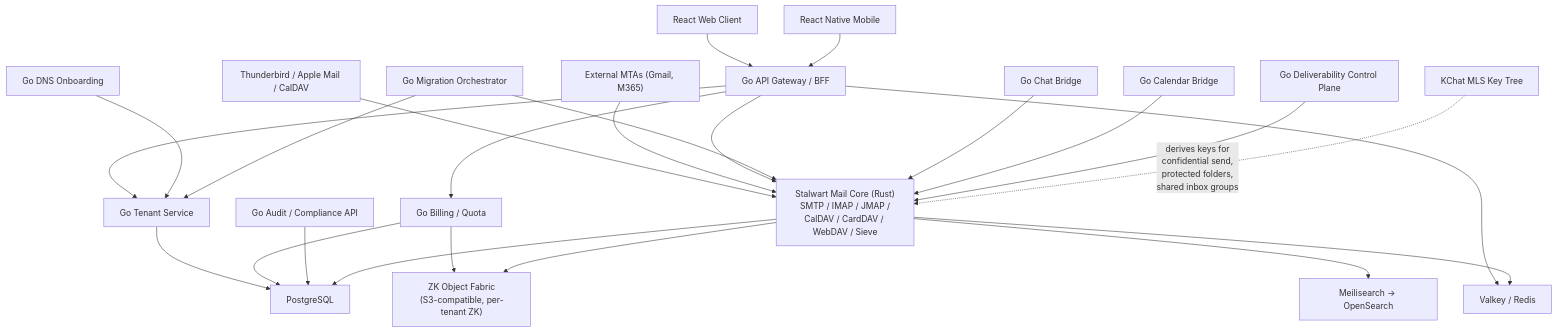
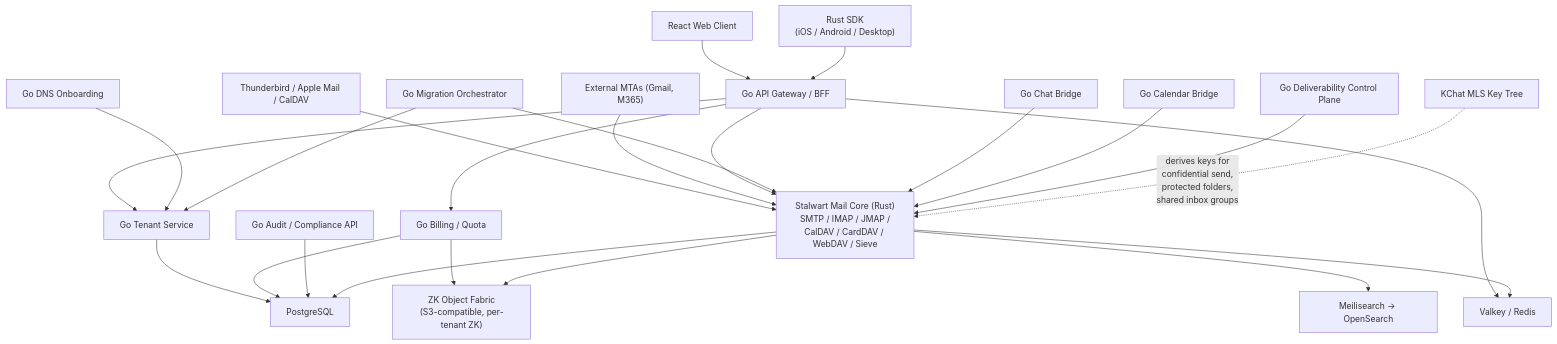
The first of 9 diagrams in docs/ARCHITECTURE.md (kennguy3n/kmail), drawn with Mermaid before and after one commit. The commit also changed other lines of this file and 37 other files, not shown here.

````diff
--- a/docs/ARCHITECTURE.md
+++ b/docs/ARCHITECTURE.md
@@ -27,53 +27,53 @@
 ```mermaid
 flowchart TD
     WebClient["React Web Client"]
-    MobileClient["React Native Mobile"]
+    NativeClient["Rust SDK<br/>(iOS / Android / Desktop)"]
     ThirdParty["Thunderbird / Apple Mail / CalDAV"]
     ExternalMTA["External MTAs (Gmail, M365)"]
 
     BFF["Go API Gateway / BFF"]
     Tenant["Go Tenant Service"]
     DNS["Go DNS Onboarding"]
     Migration["Go Migration Orchestrator"]
     ChatBridge["Go Chat Bridge"]
     CalendarBridge["Go Calendar Bridge"]
     Billing["Go Billing / Quota"]
     Deliverability["Go Deliverability Control Plane"]
     Audit["Go Audit / Compliance API"]
 
     Stalwart["Stalwart Mail Core (Rust)<br/>SMTP / IMAP / JMAP /<br/>CalDAV / CardDAV / WebDAV / Sieve"]
 
     Postgres["PostgreSQL"]
     ZKOF["ZK Object Fabric<br/>(S3-compatible, per-tenant ZK)"]
     Search["Meilisearch → OpenSearch"]
     Valkey["Valkey / Redis"]
 
     MLS["KChat MLS Key Tree"]
 
     WebClient --> BFF
-    MobileClient --> BFF
+    NativeClient --> BFF
     ThirdParty --> Stalwart
     ExternalMTA --> Stalwart
 
     BFF --> Stalwart
     BFF --> Tenant
     BFF --> Billing
     BFF --> Valkey
     Tenant --> Postgres
     DNS --> Tenant
     Migration --> Stalwart
     Migration --> Tenant
     ChatBridge --> Stalwart
     CalendarBridge --> Stalwart
     Billing --> Postgres
     Billing --> ZKOF
     Deliverability --> Stalwart
     Audit --> Postgres
 
     Stalwart --> Postgres
     Stalwart --> ZKOF
     Stalwart --> Search
     Stalwart --> Valkey
 
     MLS -.->|"derives keys for<br/>confidential send,<br/>protected folders,<br/>shared inbox groups"| Stalwart
 ```
````
